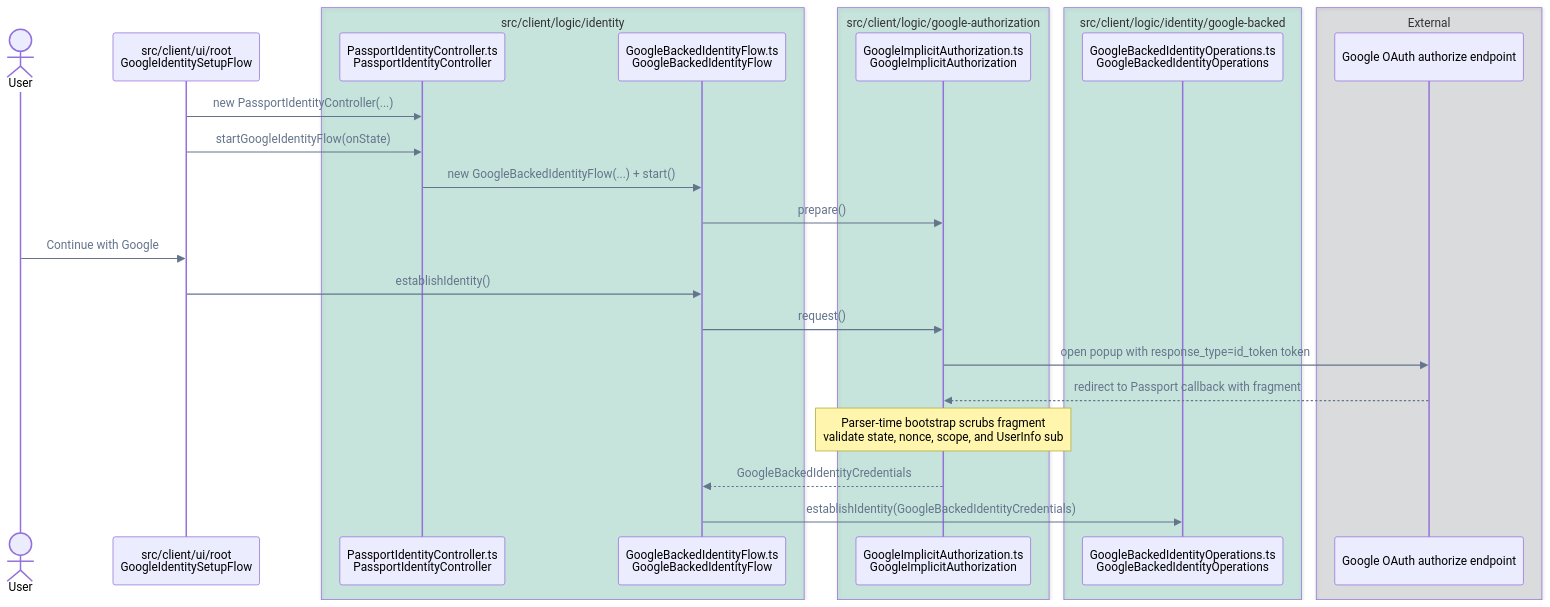
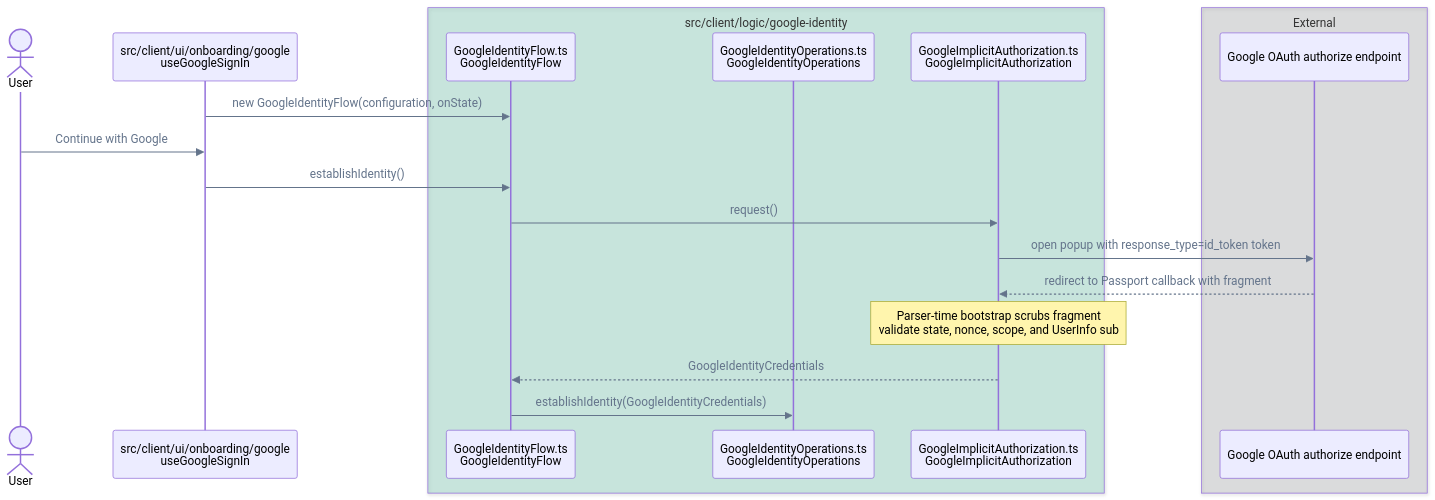
One commit to pubky/pubky-passport changed the seventh of 14 diagrams in FLOWS.md. Above: the diagram before and after it, drawn with Mermaid. The commit also changed other lines of this file and 65 other files, not shown here.

````diff
--- a/FLOWS.md
+++ b/FLOWS.md
@@ -296,34 +291,26 @@
 ```mermaid
 %%{init: {"themeVariables": {"signalColor": "#64748B", "signalTextColor": "#64748B"}}}%%
 sequenceDiagram
     accTitle: Single Google implicit popup call flow
     accDescr: One user click requests identity and Drive scopes; the callback fragment is scrubbed during HTML parsing and credentials remain browser-only.
     actor User
-    participant UI as src/client/ui/root<br/>GoogleIdentitySetupFlow
-    box rgba(0, 158, 115, 0.18) src/client/logic/identity
-        participant Controller as PassportIdentityController.ts<br/>PassportIdentityController
-        participant GoogleFlow as GoogleBackedIdentityFlow.ts<br/>GoogleBackedIdentityFlow
-    end
-    box rgba(0, 158, 115, 0.18) src/client/logic/google-authorization
+    participant UI as src/client/ui/onboarding/google<br/>useGoogleSignIn
+    box rgba(0, 158, 115, 0.18) src/client/logic/google-identity
+        participant GoogleFlow as GoogleIdentityFlow.ts<br/>GoogleIdentityFlow
+        participant Operations as GoogleIdentityOperations.ts<br/>GoogleIdentityOperations
         participant Authorization as GoogleImplicitAuthorization.ts<br/>GoogleImplicitAuthorization
-    end
-    box rgba(0, 158, 115, 0.18) src/client/logic/identity/google-backed
-        participant Operations as GoogleBackedIdentityOperations.ts<br/>GoogleBackedIdentityOperations
     end
     box rgba(17, 24, 39, 0.12) External
         participant OAuth as Google OAuth authorize endpoint
     end
 
-    UI->>Controller: new PassportIdentityController(...)
-    UI->>Controller: startGoogleIdentityFlow(onState)
-    Controller->>GoogleFlow: new GoogleBackedIdentityFlow(...) + start()
-    GoogleFlow->>Authorization: prepare()
+    UI->>GoogleFlow: new GoogleIdentityFlow(configuration, onState)
     User->>UI: Continue with Google
     UI->>GoogleFlow: establishIdentity()
     GoogleFlow->>Authorization: request()
     Authorization->>OAuth: open popup with response_type=id_token token
     OAuth-->>Authorization: redirect to Passport callback with fragment
     Note over Authorization: Parser-time bootstrap scrubs fragment<br/>validate state, nonce, scope, and UserInfo sub
-    Authorization-->>GoogleFlow: GoogleBackedIdentityCredentials
-    GoogleFlow->>Operations: establishIdentity(GoogleBackedIdentityCredentials)
+    Authorization-->>GoogleFlow: GoogleIdentityCredentials
+    GoogleFlow->>Operations: establishIdentity(GoogleIdentityCredentials)
 ```
````
